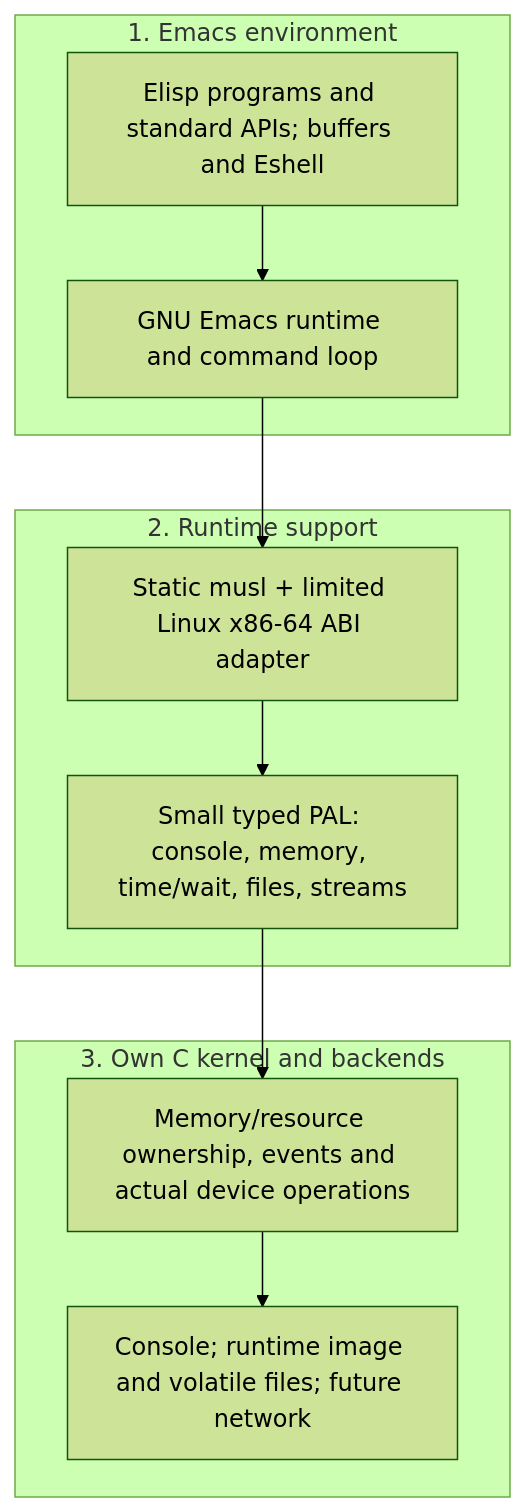
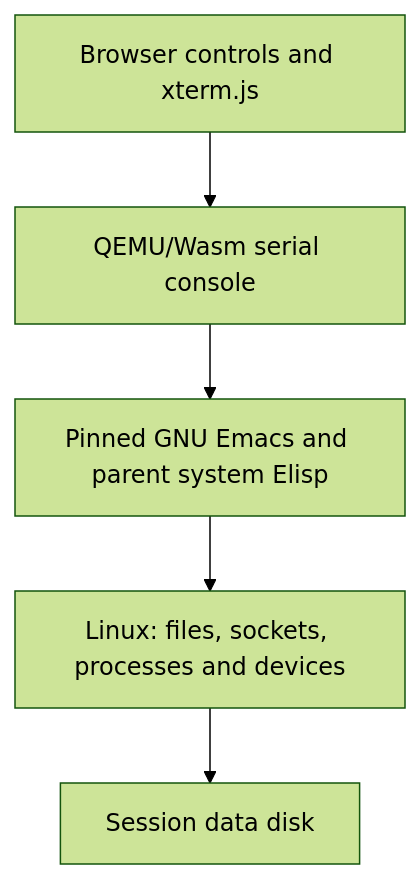
The diagram in docs/design.md (suxiaogang223/emacsos), drawn with Mermaid (forest theme) before and after one commit. The commit also changed other lines of this file and 70 other files, not shown here.

Commit message:
system: Replace the custom kernel with Linux and the browser workspace

````diff
--- a/docs/design.md
+++ b/docs/design.md
@@ -31,20 +22,7 @@
 ```mermaid
 flowchart TB
-    subgraph environment["1. Emacs environment"]
-      tools["Elisp programs and standard APIs; buffers and Eshell"]
-      runtime["GNU Emacs runtime and command loop"]
-      tools --> runtime
-    end
-    subgraph support["2. Runtime support"]
-      adapter["Static musl + limited Linux x86-64 ABI adapter"]
-      pal["Small typed PAL: console, memory, time/wait, files, streams"]
-      adapter --> pal
-    end
-    subgraph kernel["3. Own C kernel and backends"]
-      core["Memory/resource ownership, events and actual device operations"]
-      backend["Console; runtime image and volatile files; future network"]
-      core --> backend
-    end
-    runtime --> adapter
-    pal --> core
+    browser["Browser controls and xterm.js"] --> serial["QEMU/Wasm serial console"]
+    serial --> emacs["Pinned GNU Emacs and parent system Elisp"]
+    emacs --> linux["Linux: files, sockets, processes and devices"]
+    linux --> session["Session data disk"]
 ```
````
